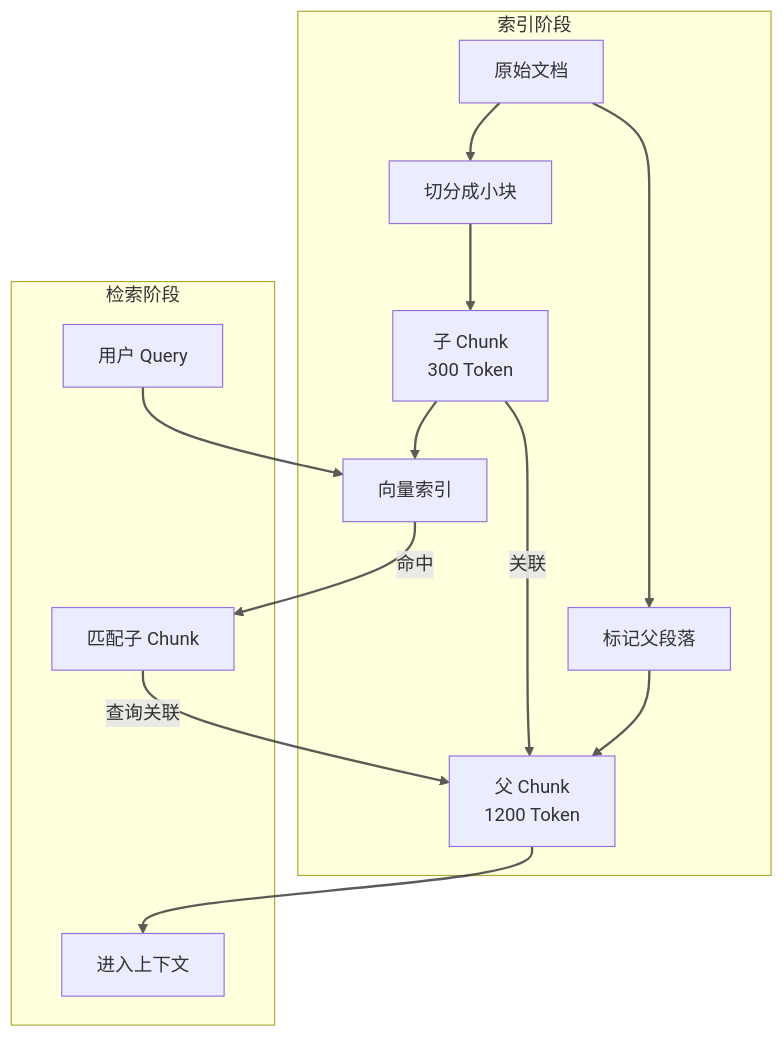
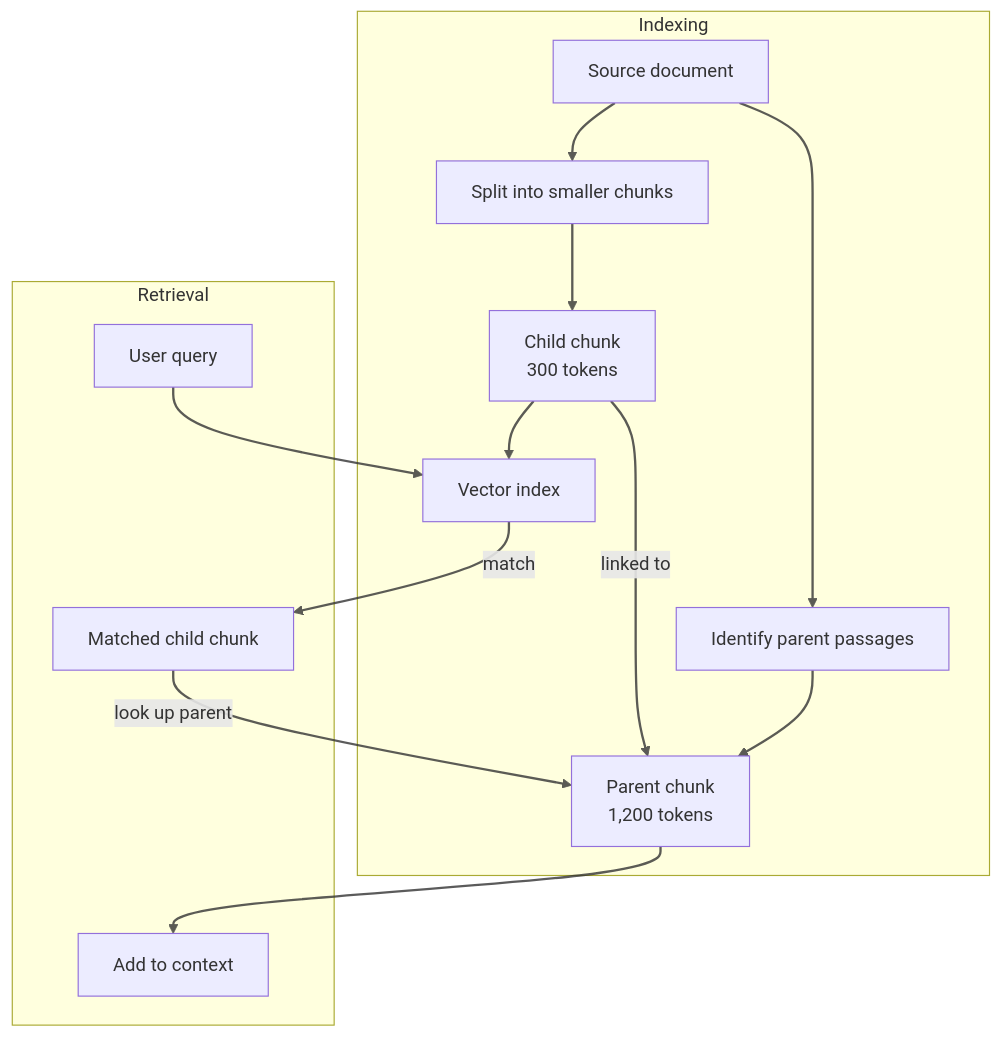
One commit to m3h3d1/JavaGuideEn changed the first of 2 diagrams in docs/ai/rag/rag-document-processing.md. Above: the diagram before and after it, drawn with Mermaid. The commit also changed other lines of this file and 128 other files, not shown here.

````diff
--- a/docs/ai/rag/rag-document-processing.md
+++ b/docs/ai/rag/rag-document-processing.md
@@ -85,20 +85,20 @@
 ```mermaid
 flowchart TB
-    subgraph 索引阶段
-        Doc[原始文档] --> Split[切分成小块]
-        Doc --> Parent[标记父段落]
-        Split --> ChildChunk[子 Chunk<br/>300 Token]
-        Parent --> ParentChunk[父 Chunk<br/>1200 Token]
-        ChildChunk --> VecIndex[向量索引]
-        ChildChunk -->|关联| ParentChunk
+    subgraph Indexing
+        Doc[Source document] --> Split[Split into smaller chunks]
+        Doc --> Parent[Identify parent passages]
+        Split --> ChildChunk[Child chunk<br/>300 tokens]
+        Parent --> ParentChunk[Parent chunk<br/>1,200 tokens]
+        ChildChunk --> VecIndex[Vector index]
+        ChildChunk -->|linked to| ParentChunk
     end
 
-    subgraph 检索阶段
-        Query[用户 Query] --> VecIndex
-        VecIndex -->|命中| MatchedChild[匹配子 Chunk]
-        MatchedChild -->|查询关联| ParentChunk
-        ParentChunk --> Context[进入上下文]
+    subgraph Retrieval
+        Query[User query] --> VecIndex
+        VecIndex -->|match| MatchedChild[Matched child chunk]
+        MatchedChild -->|look up parent| ParentChunk
+        ParentChunk --> Context[Add to context]
     end
 
     linkStyle default stroke-width:2px,stroke:#333333,opacity:0.8
 ```
````
